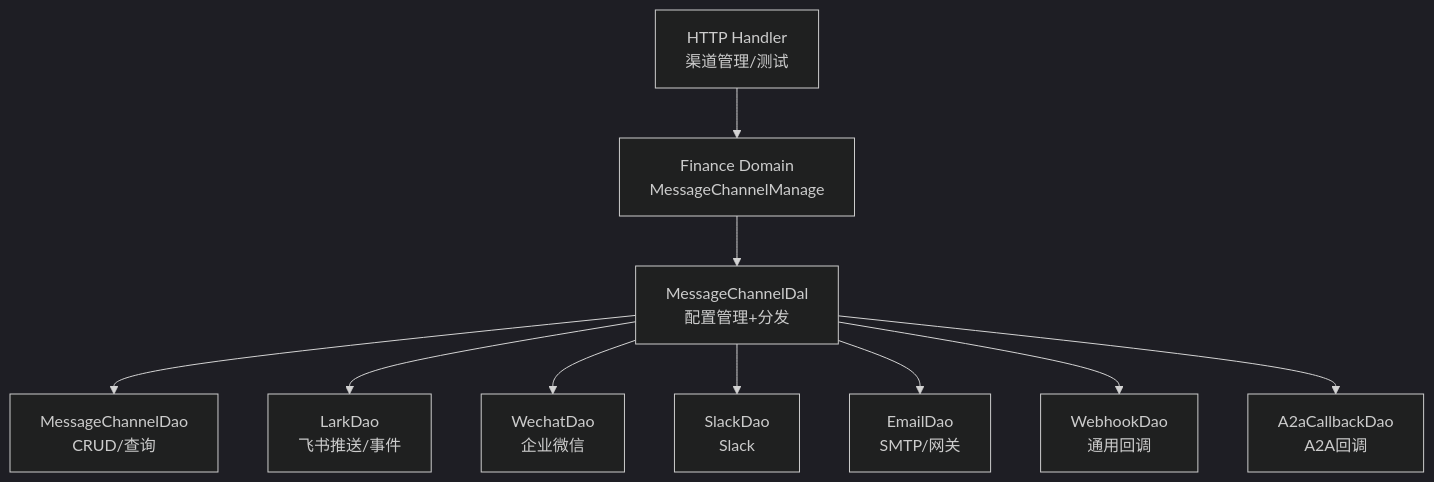
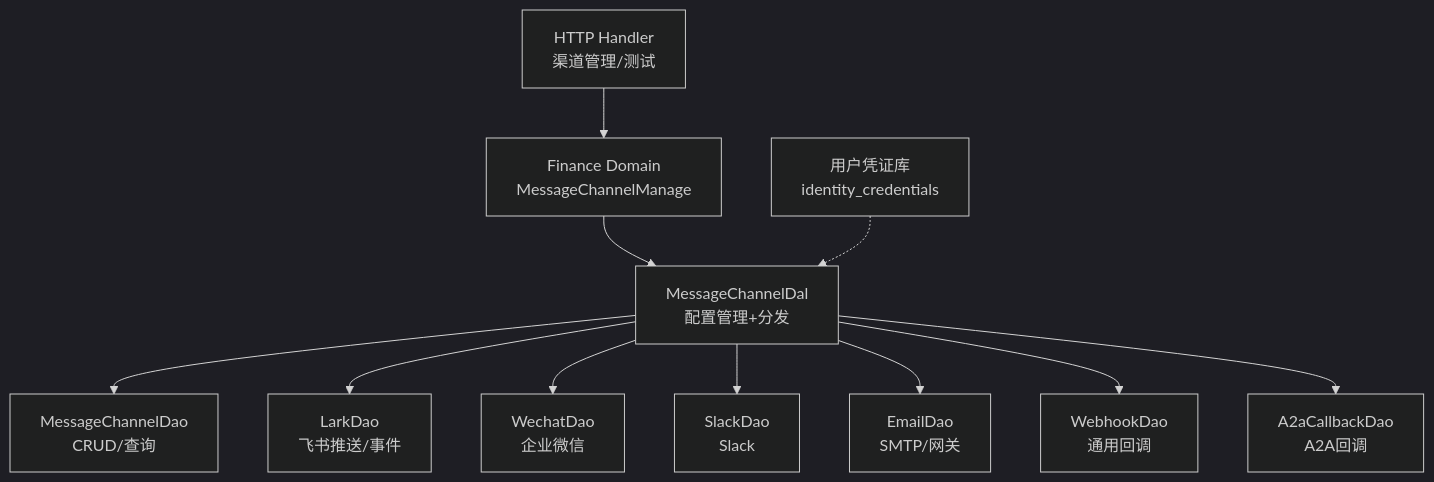
The first of 6 diagrams in .qoder/repowiki/zh/content/功能模块/消息系统/消息渠道管理.md (runningcoders/ai_orz), drawn with Mermaid (dark theme) before and after one commit. The commit also changed other lines of this file and 9 other files, not shown here.

````diff
--- a/.qoder/repowiki/zh/content/功能模块/消息系统/消息渠道管理.md
+++ b/.qoder/repowiki/zh/content/功能模块/消息系统/消息渠道管理.md
@@ -45,12 +60,13 @@
 ```mermaid
 graph TB
 Handler["HTTP Handler<br/>渠道管理/测试"] --> Domain["Finance Domain<br/>MessageChannelManage"]
 Domain --> DAL["MessageChannelDal<br/>配置管理+分发"]
 DAL --> DAO_MC["MessageChannelDao<br/>CRUD/查询"]
 DAL --> DAO_Lark["LarkDao<br/>飞书推送/事件"]
 DAL --> DAO_Wechat["WechatDao<br/>企业微信"]
 DAL --> DAO_Slack["SlackDao<br/>Slack"]
 DAL --> DAO_Email["EmailDao<br/>SMTP/网关"]
 DAL --> DAO_Webhook["WebhookDao<br/>通用回调"]
 DAL --> DAO_A2A["A2aCallbackDao<br/>A2A回调"]
+UserStore["用户凭证库<br/>identity_credentials"] -.-> DAL
 ```
````
